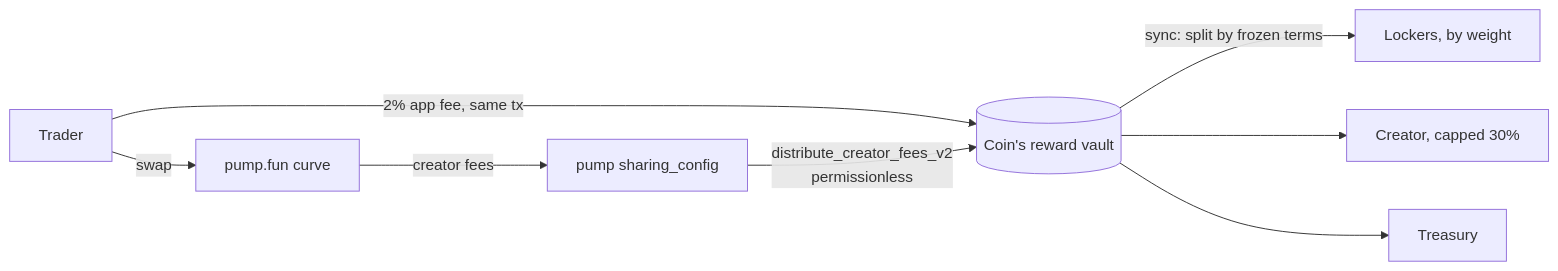
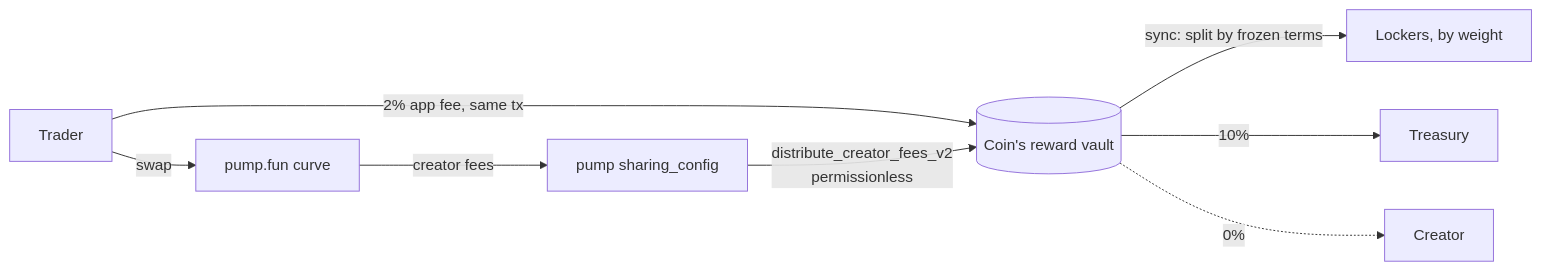
One commit to realdoomsman/imagine changed the diagram in README.md. Above: the diagram before and after it, drawn with Mermaid. The commit also changed 34 other files, not shown here.

````diff
--- a/README.md
+++ b/README.md
@@ -15,10 +15,10 @@
 ```mermaid
 flowchart LR
   T[Trader] -->|swap| P[pump.fun curve]
   T -->|2% app fee, same tx| V[(Coin's reward vault)]
   P -->|creator fees| S[pump sharing_config]
   S -->|distribute_creator_fees_v2<br/>permissionless| V
   V -->|sync: split by frozen terms| L[Lockers, by weight]
-  V --> C[Creator, capped 30%]
-  V --> Y[Treasury]
+  V -->|10%| Y[Treasury]
+  V -.->|0%| C[Creator]
 ```
````
